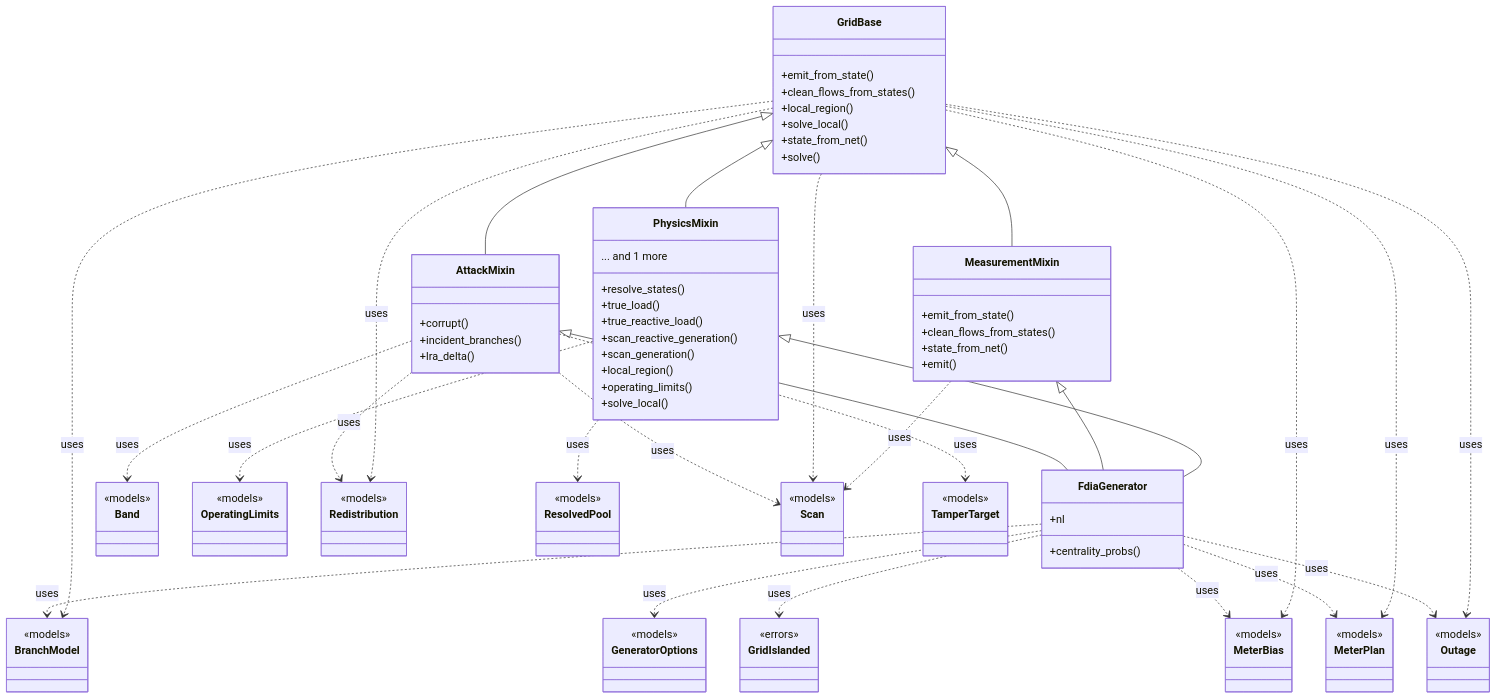
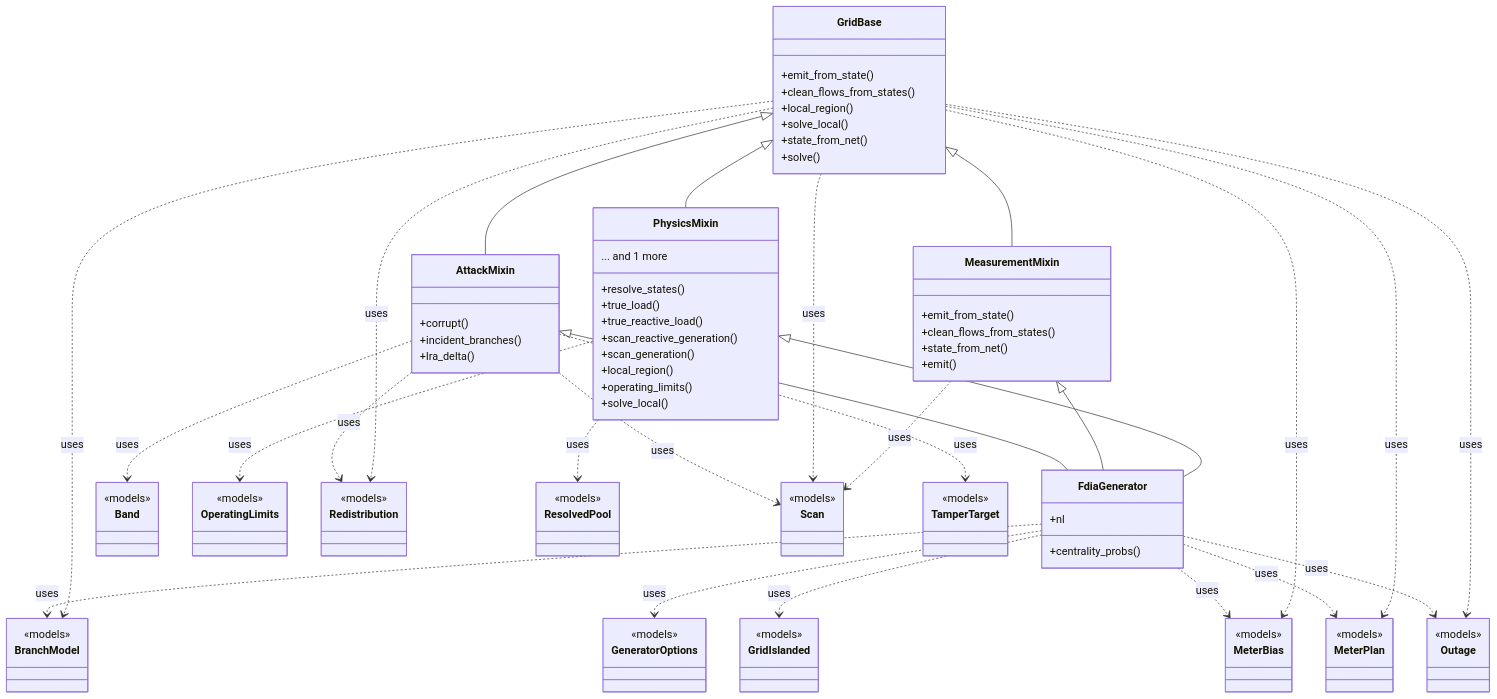
Before and after one commit to myersben9/fdia-graph: the diagram in docs/figures/diagrams/classes_engine.mmd, drawn with Mermaid. The commit also changed 30 other files, not shown here.

```diff
--- a/docs/figures/diagrams/classes_engine.mmd
+++ b/docs/figures/diagrams/classes_engine.mmd
@@ -1,96 +1,96 @@
 classDiagram
     class GridBase {
         +emit_from_state()
         +clean_flows_from_states()
         +local_region()
         +solve_local()
         +state_from_net()
         +solve()
     }
     class MeasurementMixin {
         +emit_from_state()
         +clean_flows_from_states()
         +state_from_net()
         +emit()
     }
     class PhysicsMixin {
         +resolve_states()
         +true_load()
         +true_reactive_load()
         +scan_reactive_generation()
         +scan_generation()
         +local_region()
         +operating_limits()
         +solve_local()
         ... and 1 more
     }
     class AttackMixin {
         +corrupt()
         +incident_branches()
         +lra_delta()
     }
     class FdiaGenerator {
         +nl
         +centrality_probs()
     }
     class Band {
         <<models>>
     }
     class BranchModel {
         <<models>>
     }
     class GeneratorOptions {
         <<models>>
     }
     class GridIslanded {
-        <<errors>>
+        <<models>>
     }
     class MeterBias {
         <<models>>
     }
     class MeterPlan {
         <<models>>
     }
     class OperatingLimits {
         <<models>>
     }
     class Outage {
         <<models>>
     }
     class Redistribution {
         <<models>>
     }
     class ResolvedPool {
         <<models>>
     }
     class Scan {
         <<models>>
     }
     class TamperTarget {
         <<models>>
     }
     AttackMixin <|-- FdiaGenerator
     GridBase <|-- AttackMixin
     GridBase <|-- MeasurementMixin
     GridBase <|-- PhysicsMixin
     MeasurementMixin <|-- FdiaGenerator
     PhysicsMixin <|-- FdiaGenerator
     AttackMixin ..> Band : uses
     AttackMixin ..> Redistribution : uses
     AttackMixin ..> Scan : uses
     AttackMixin ..> TamperTarget : uses
     FdiaGenerator ..> BranchModel : uses
     FdiaGenerator ..> GeneratorOptions : uses
     FdiaGenerator ..> GridIslanded : uses
     FdiaGenerator ..> MeterBias : uses
     FdiaGenerator ..> MeterPlan : uses
     FdiaGenerator ..> Outage : uses
     GridBase ..> BranchModel : uses
     GridBase ..> MeterBias : uses
     GridBase ..> MeterPlan : uses
     GridBase ..> Outage : uses
     GridBase ..> Redistribution : uses
     GridBase ..> Scan : uses
     MeasurementMixin ..> Scan : uses
     PhysicsMixin ..> OperatingLimits : uses
     PhysicsMixin ..> ResolvedPool : uses
```
